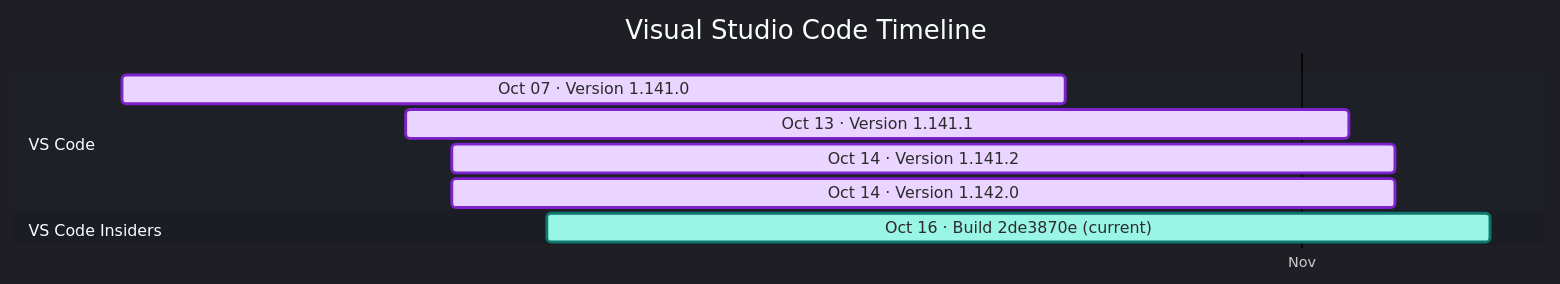
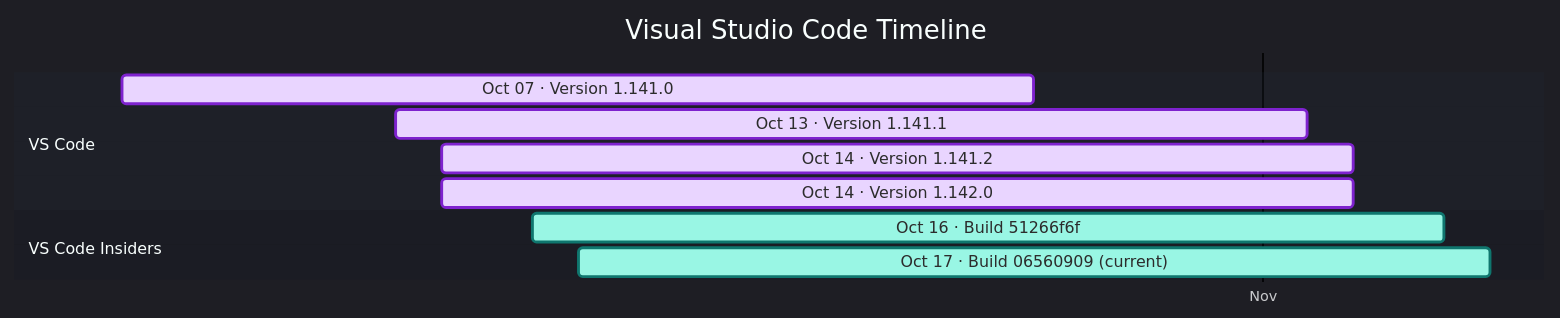
The diagram in docs/vscode.md (Oxelya-DevTools/VisualStudioUpdate), drawn with Mermaid before and after one commit. The commit also changed other lines of this file and 1 other file, not shown here.

````diff
--- a/docs/vscode.md
+++ b/docs/vscode.md
@@ -9,15 +9,16 @@
 ```mermaid
 %%{init: {'theme':'dark','themeVariables': { 'fontFamily': 'Segoe UI', 'fontSize': '24px', 'textColor': '#F3F4F6', 'titleTextColor': '#FFFFFF', 'taskTextColor': '#111827', 'taskTextLightColor': '#111827', 'taskTextOutsideColor': '#F3F4F6', 'taskBkgColor': '#BAE6FD', 'taskBorderColor': '#0369A1', 'doneTaskBkgColor': '#E9D5FF', 'doneTaskBorderColor': '#7E22CE', 'activeTaskBkgColor': '#99F6E4', 'activeTaskBorderColor': '#0F766E', 'critTaskBkgColor': '#FED7AA', 'critTaskBorderColor': '#C2410C', 'sectionBkgColor': '#1F2937', 'altSectionBkgColor': '#111827', 'gridColor': '#4B5563', 'todayLineColor': '#F87171' }}}%%
 gantt
     title Visual Studio Code Timeline
     dateFormat  YYYY-MM-DD
     axisFormat  %b
     tickInterval 1month
     section VS Code
     Oct 07 · Version 1.141.0 : done, vscode202610070, 2026-10-07, 20d
     Oct 13 · Version 1.141.1 : done, vscode202610131, 2026-10-13, 20d
     Oct 14 · Version 1.141.2 : done, vscode202610142, 2026-10-14, 20d
     Oct 14 · Version 1.142.0 : done, vscode202610143, 2026-10-14, 20d
     section VS Code Insiders
-    Oct 16 · Build 2de3870e (current) : active, vscodeinsiders202610160, 2026-10-16, 20d
+    Oct 16 · Build 51266f6f : active, vscodeinsiders202610160, 2026-10-16, 20d
+    Oct 17 · Build 06560909 (current) : active, vscodeinsiders202610171, 2026-10-17, 20d
 ```
````
